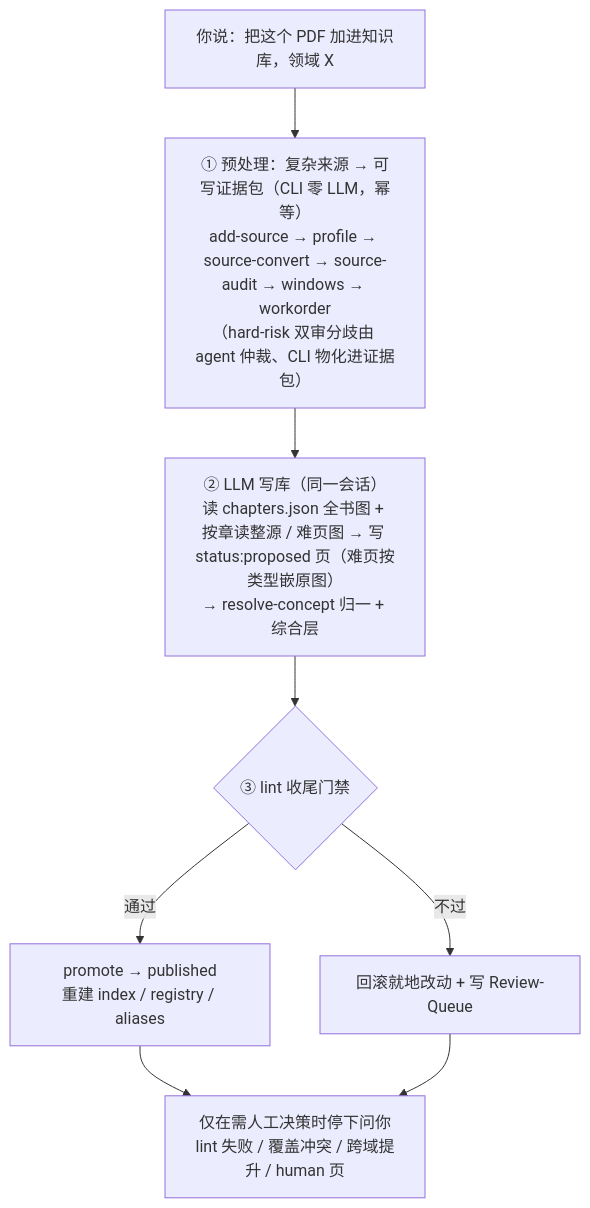
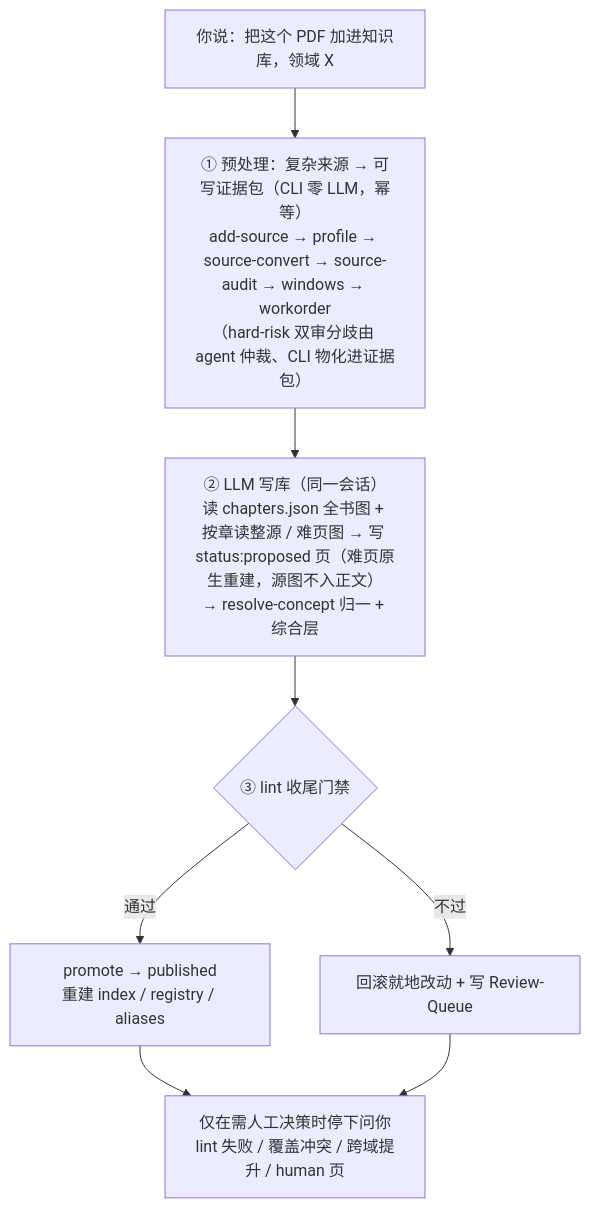
Before and after one commit to Iabstergo1/pdf-to-study-kb: the diagram in README.md, drawn with Mermaid. The commit also changed other lines of this file and 10 other files, not shown here.

````diff
--- a/README.md
+++ b/README.md
@@ -147,10 +147,10 @@
 ```mermaid
 flowchart TD
     U["你说：把这个 PDF 加进知识库，领域 X"] --> P["① 预处理：复杂来源 → 可写证据包（CLI 零 LLM，幂等）<br/>add-source → profile → source-convert → source-audit → windows → workorder<br/>（hard-risk 双审分歧由 agent 仲裁、CLI 物化进证据包）"]
-    P --> W["② LLM 写库（同一会话）<br/>读 chapters.json 全书图 + 按章读整源 / 难页图 → 写 status:proposed 页（难页按类型嵌原图）<br/>→ resolve-concept 归一 + 综合层"]
+    P --> W["② LLM 写库（同一会话）<br/>读 chapters.json 全书图 + 按章读整源 / 难页图 → 写 status:proposed 页（难页原生重建，源图不入正文）<br/>→ resolve-concept 归一 + 综合层"]
     W --> G{"③ lint 收尾门禁"}
     G -->|通过| Pub["promote → published<br/>重建 index / registry / aliases"]
     G -->|不过| RQ["回滚就地改动 + 写 Review-Queue"]
     Pub --> Stop["仅在需人工决策时停下问你<br/>lint 失败 / 覆盖冲突 / 跨域提升 / human 页"]
     RQ --> Stop
 ```
````
